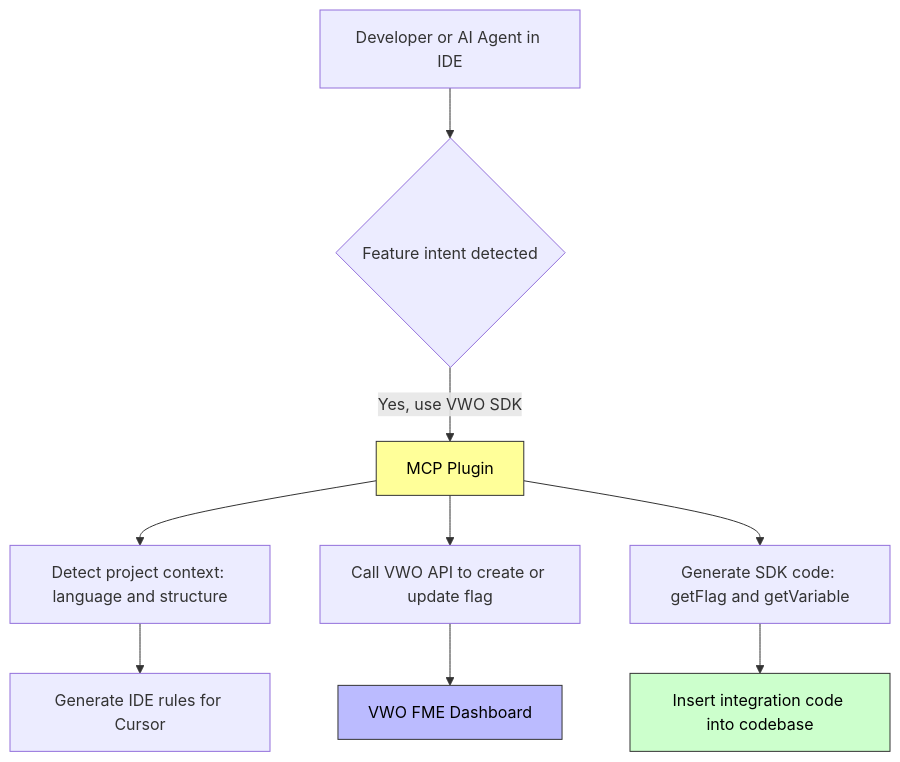
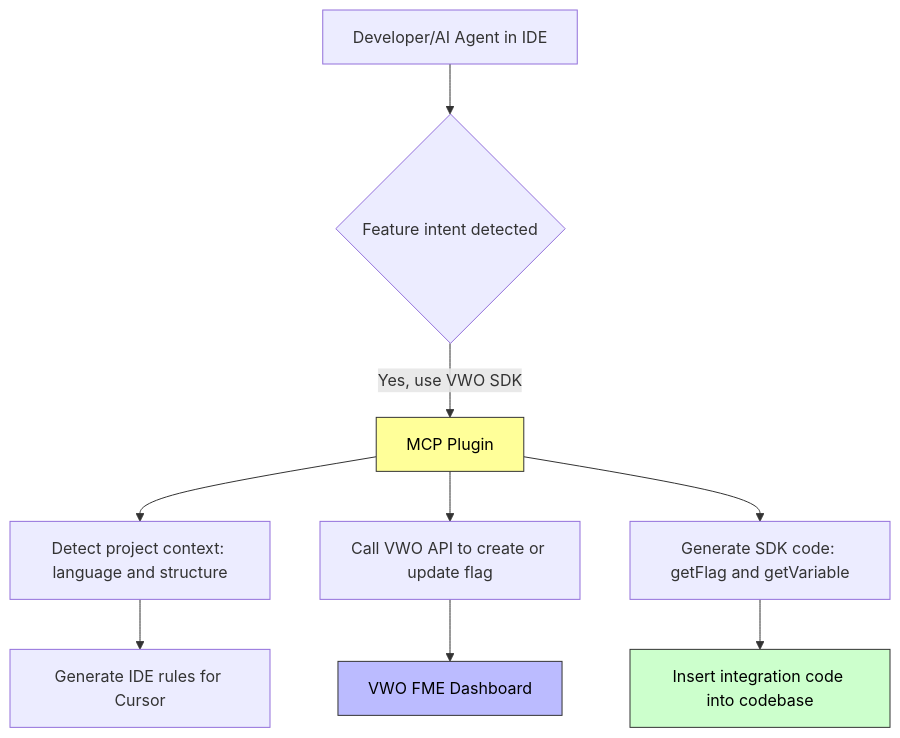
One commit to wingify/readme-central changed the diagram in docs/Integrations/fme-mcp-server.md. Above: the diagram before and after it, drawn with Mermaid.

Commit message:
Update doc `fme-mcp-server`

````diff
--- a/docs/Integrations/fme-mcp-server.md
+++ b/docs/Integrations/fme-mcp-server.md
@@ -178,26 +178,26 @@
 ```mermaid
 graph TD
-    A[Developer or AI Agent in IDE] --> B{Feature intent detected}
+    A[Developer/AI Agent in IDE] --> B{Feature intent detected}
     B -->|Yes, use VWO SDK| C[MCP Plugin]
     
     C --> D[Detect project context: language and structure]
     D --> E[Generate IDE rules for Cursor]
 
     C --> F[Call VWO API to create or update flag]
     F --> G[VWO FME Dashboard]
 
     C --> H[Generate SDK code: getFlag and getVariable]
     H --> I[Insert integration code into codebase]
     
     %% Assign classes
 
     class C project
     class G dashboard
     class I code
 
     %% Define styles
     classDef project fill:#ff9,stroke:#333,stroke-width:1px,color:#000
     classDef dashboard fill:#bbf,stroke:#333,stroke-width:1px,color:#000
     classDef code fill:#cfc,stroke:#333,stroke-width:1px,color:#000
 
 ```
````
